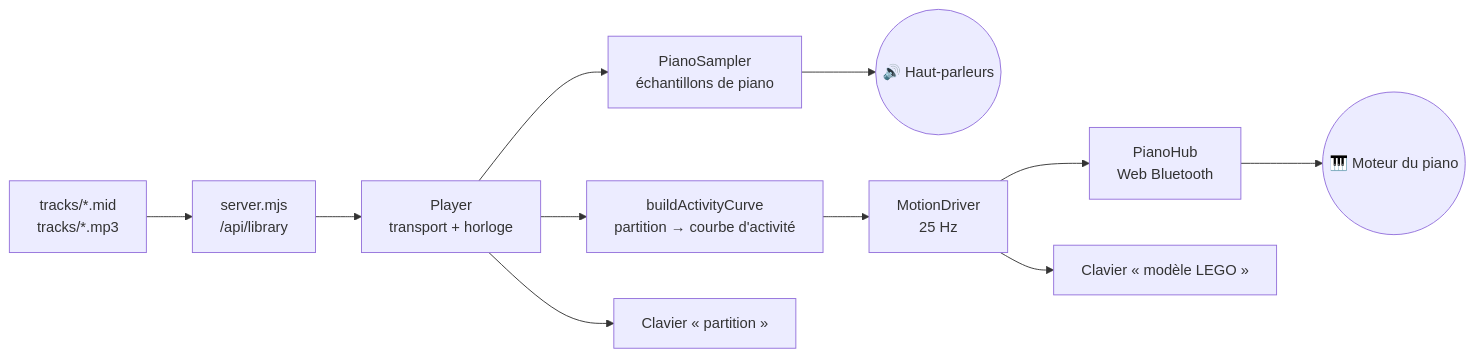
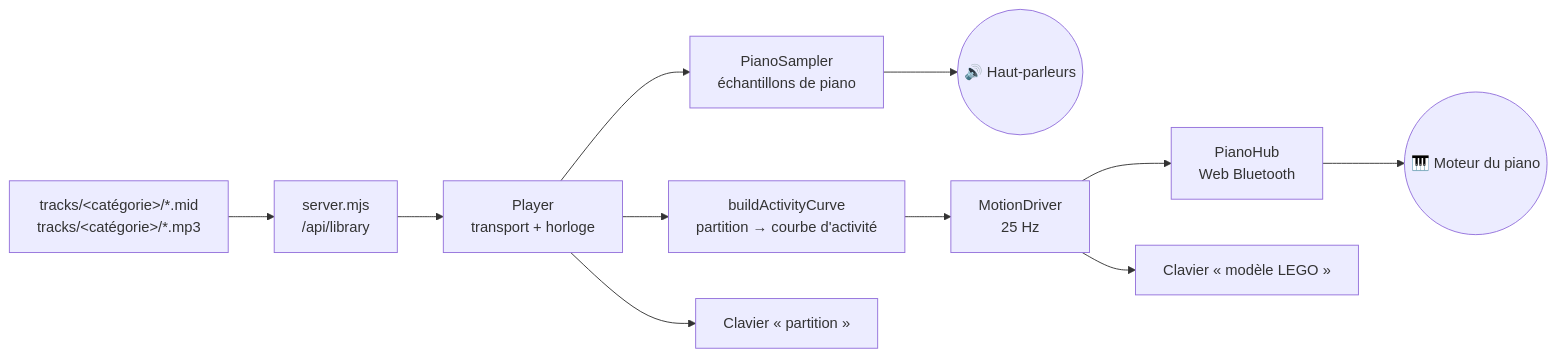
The diagram in README.md (AdrienRouxel/Piano-Lego-Jukebox), drawn with Mermaid before and after one commit. The commit also changed other lines of this file and 18 other files, not shown here.

````diff
--- a/README.md
+++ b/README.md
@@ -178,13 +209,13 @@
 ```mermaid
 flowchart LR
-    A["tracks/*.mid<br/>tracks/*.mp3"] --> B["server.mjs<br/>/api/library"]
+    A["tracks/&lt;catégorie&gt;/*.mid<br/>tracks/&lt;catégorie&gt;/*.mp3"] --> B["server.mjs<br/>/api/library"]
     B --> C["Player<br/>transport + horloge"]
     C --> D["PianoSampler<br/>échantillons de piano"]
     D --> E(("🔊 Haut-parleurs"))
     C --> F["buildActivityCurve<br/>partition → courbe d'activité"]
     F --> G["MotionDriver<br/>25 Hz"]
     G --> H["PianoHub<br/>Web Bluetooth"]
     H --> I(("🎹 Moteur du piano"))
     C --> J["Clavier « partition »"]
     G --> K["Clavier « modèle LEGO »"]
 ```
````
